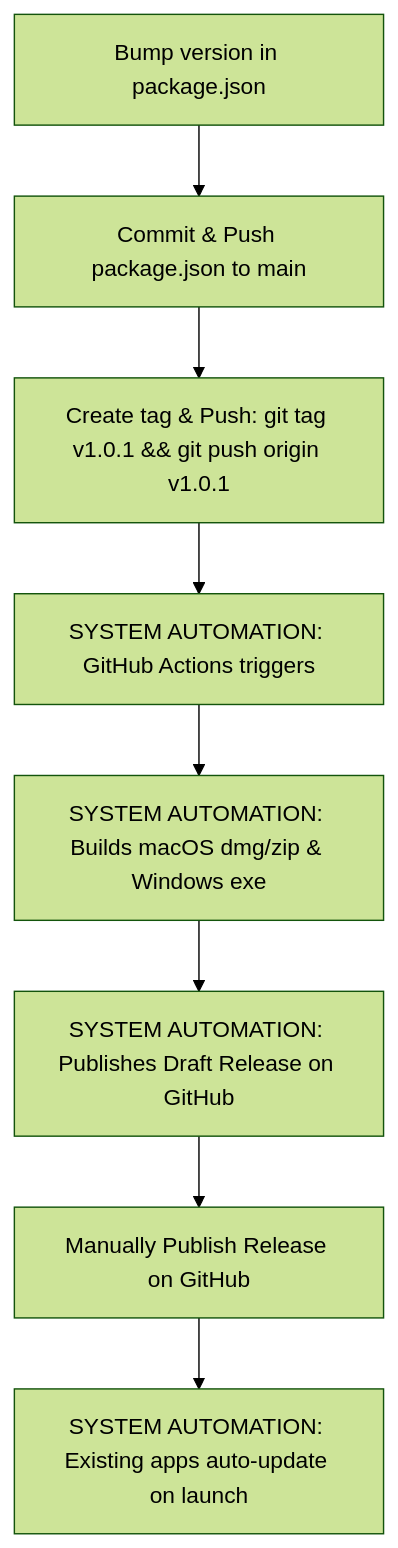
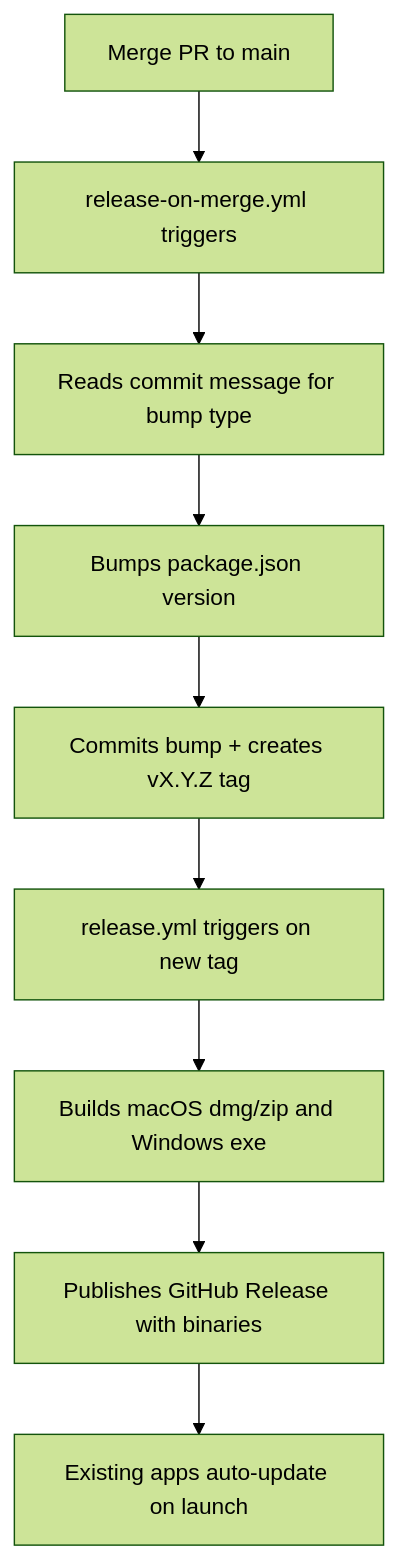
One commit to JLeshnick/Labyrinth-Game-Solver changed the diagram in DEVELOPMENT_AND_RELEASES.md. Above: the diagram before and after it, drawn with Mermaid (forest theme). The commit also changed other lines of this file and 2 other files, not shown here.

First line of the commit message:
ci: add automated release-on-merge pipeline with conventional commit versioning

````diff
--- a/DEVELOPMENT_AND_RELEASES.md
+++ b/DEVELOPMENT_AND_RELEASES.md
@@ -67,10 +58,11 @@
 ```mermaid
 graph TD
-    A[Bump version in package.json] --> B[Commit & Push package.json to main]
-    B --> C[Create tag & Push: git tag v1.0.1 && git push origin v1.0.1]
-    C --> D[SYSTEM AUTOMATION: GitHub Actions triggers]
-    D --> E[SYSTEM AUTOMATION: Builds macOS dmg/zip & Windows exe]
-    E --> F[SYSTEM AUTOMATION: Publishes Draft Release on GitHub]
-    F --> G[Manually Publish Release on GitHub]
-    G --> H[SYSTEM AUTOMATION: Existing apps auto-update on launch]
+    A[Merge PR to main] --> B[release-on-merge.yml triggers]
+    B --> C[Reads commit message for bump type]
+    C --> D[Bumps package.json version]
+    D --> E[Commits bump + creates vX.Y.Z tag]
+    E --> F[release.yml triggers on new tag]
+    F --> G[Builds macOS dmg/zip and Windows exe]
+    G --> H[Publishes GitHub Release with binaries]
+    H --> I[Existing apps auto-update on launch]
 ```
````
